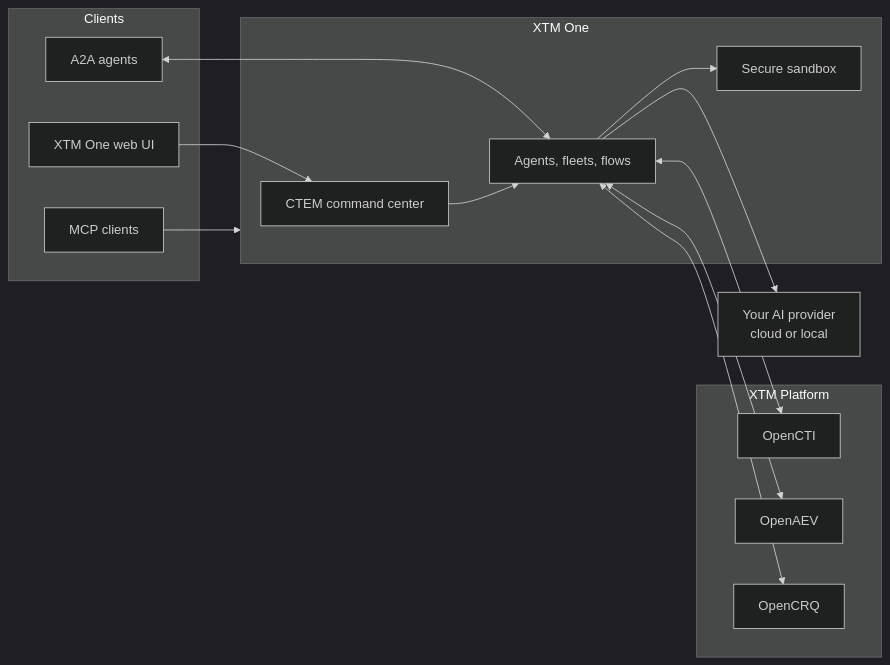
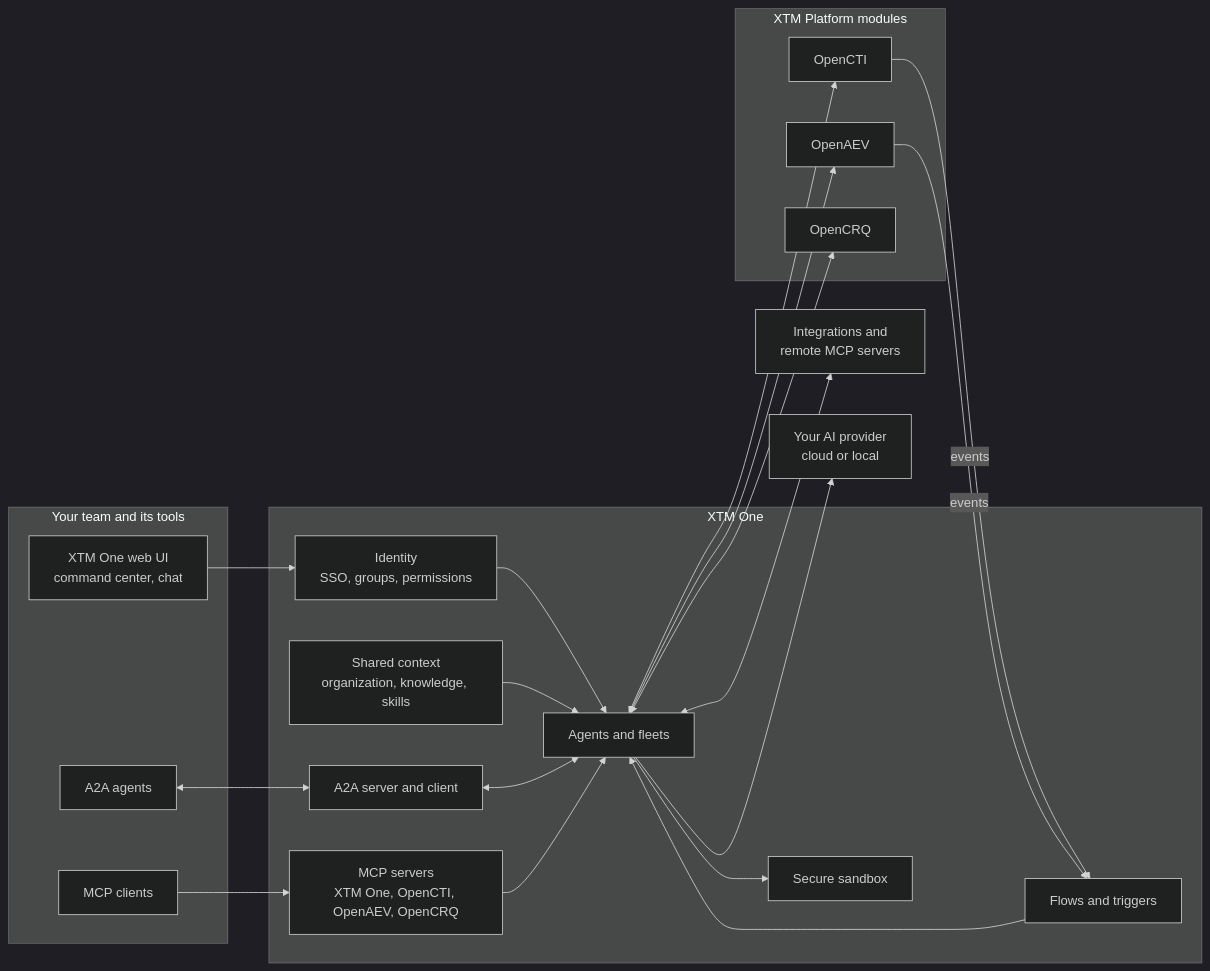
Before and after one commit to XTM-One-Platform/xtm-one: the first of 2 diagrams in README.md, drawn with Mermaid (dark theme). The commit also changed other lines of this file and 12 other files, not shown here.

First line of the commit message:
docs(readme): readme v2, command center hero, gallery, diagrams and full links (#424)

````diff
--- a/README.md
+++ b/README.md
@@ -122,28 +134,40 @@
 ```mermaid
 flowchart LR
-  subgraph clients[Clients]
-    UI[XTM One web UI]
-    MCP[MCP clients]
-    A2A[A2A agents]
+  subgraph clients["Your team and its tools"]
+    UI["XTM One web UI<br/>command center, chat"]
+    MCPC["MCP clients"]
+    A2AC["A2A agents"]
   end
-  subgraph core[XTM One]
-    CC[CTEM command center]
-    AG[Agents, fleets, flows]
-    SB[Secure sandbox]
+  subgraph core["XTM One"]
+    ID["Identity<br/>SSO, groups, permissions"]
+    CTX["Shared context<br/>organization, knowledge, skills"]
+    AG["Agents and fleets"]
+    FL["Flows and triggers"]
+    MCPS["MCP servers<br/>XTM One, OpenCTI, OpenAEV, OpenCRQ"]
+    A2A["A2A server and client"]
+    SB["Secure sandbox"]
   end
-  subgraph xtm[XTM Platform]
-    CTI[OpenCTI]
-    AEV[OpenAEV]
-    CRQ[OpenCRQ]
+  subgraph modules["XTM Platform modules"]
+    CTI["OpenCTI"]
+    AEV["OpenAEV"]
+    CRQ["OpenCRQ"]
   end
-  LLM[Your AI provider<br/>cloud or local]
-  UI --> CC
-  MCP --> core
+  INT["Integrations and<br/>remote MCP servers"]
+  LLM["Your AI provider<br/>cloud or local"]
+  UI --> ID
+  MCPC --> MCPS
+  A2AC <--> A2A
+  ID --> AG
+  CTX --> AG
+  FL --> AG
   A2A <--> AG
-  CC --> AG
+  MCPS --> AG
   AG --> SB
   AG <--> CTI
   AG <--> AEV
   AG <--> CRQ
+  CTI -- events --> FL
+  AEV -- events --> FL
+  AG <--> INT
   AG --> LLM
 ```
````
